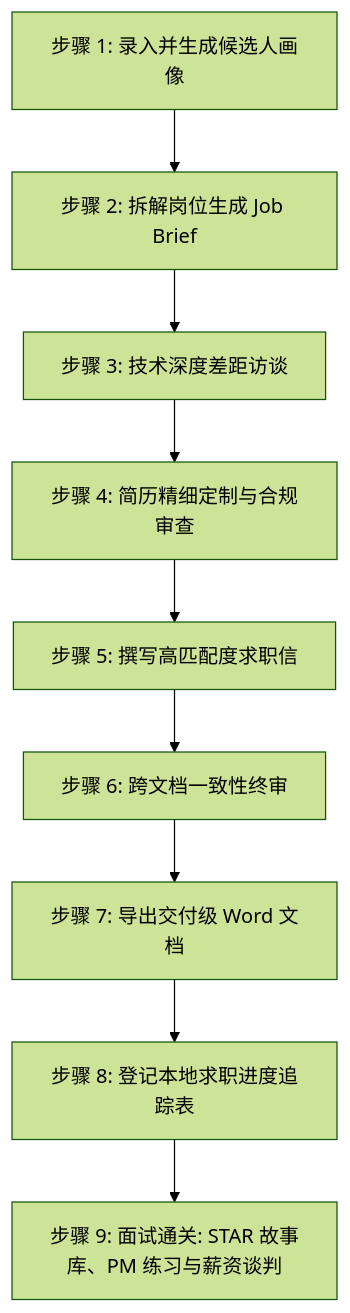
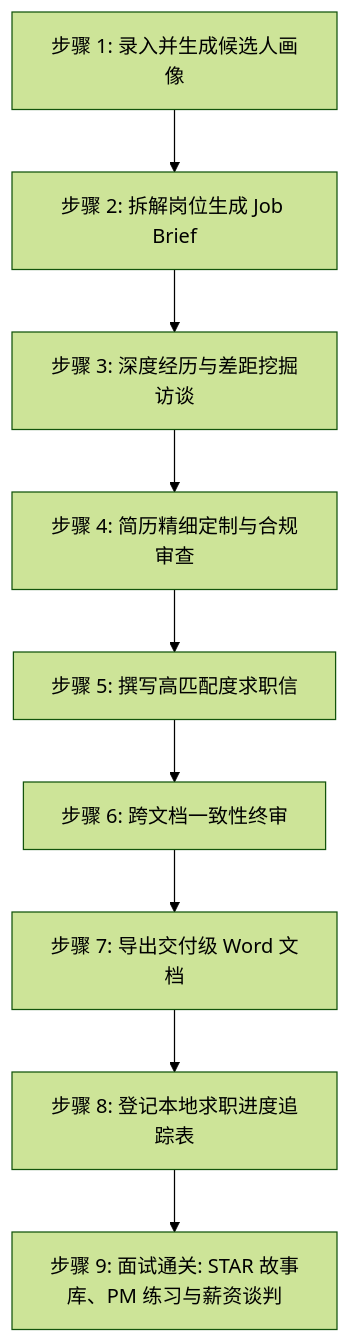
One commit to lalulali/vancy changed the diagram in WORKFLOW.zh-CN.md. Above: the diagram before and after it, drawn with Mermaid (forest theme). The commit also changed other lines of this file and 21 other files, not shown here.

````diff
--- a/WORKFLOW.zh-CN.md
+++ b/WORKFLOW.zh-CN.md
@@ -83,11 +83,11 @@
 ```mermaid
 flowchart TD
     A[步骤 1: 录入并生成候选人画像] --> B[步骤 2: 拆解岗位生成 Job Brief]
-    B --> C[步骤 3: 技术深度差距访谈]
+    B --> C[步骤 3: 深度经历与差距挖掘访谈]
     C --> D[步骤 4: 简历精细定制与合规审查]
     D --> E[步骤 5: 撰写高匹配度求职信]
     E --> F[步骤 6: 跨文档一致性终审]
     F --> G[步骤 7: 导出交付级 Word 文档]
     G --> H[步骤 8: 登记本地求职进度追踪表]
     H --> I[步骤 9: 面试通关: STAR 故事库、PM 练习与薪资谈判]
 ```
````
